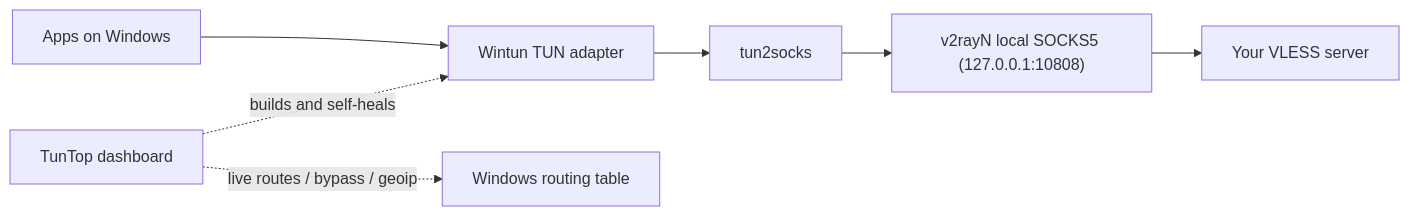
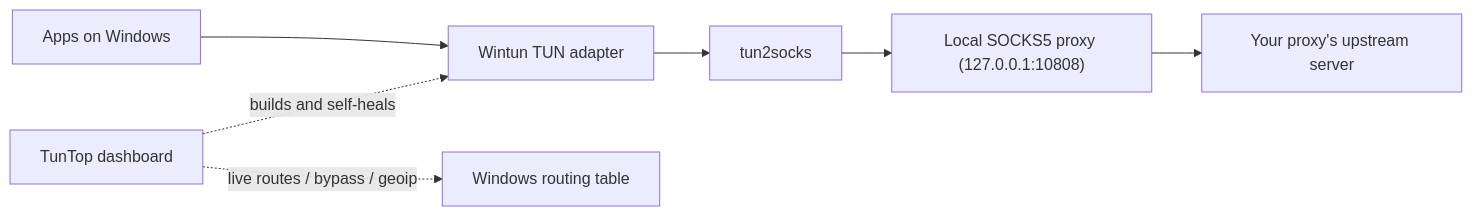
The diagram in README.md (kooshaZP/TunTop), drawn with Mermaid before and after one commit. The commit also changed other lines of this file and 19 other files, not shown here.

````diff
--- a/README.md
+++ b/README.md
@@ -69,9 +77,9 @@
 ```mermaid
 flowchart LR
     A[Apps on Windows] --> B[Wintun TUN adapter]
     B --> C[tun2socks]
-    C --> D["v2rayN local SOCKS5 (127.0.0.1:10808)"]
-    D --> E[Your VLESS server]
+    C --> D["Local SOCKS5 proxy (127.0.0.1:10808)"]
+    D --> E[Your proxy's upstream server]
     F[TunTop dashboard] -. builds and self-heals .-> B
     F -. live routes / bypass / geoip .-> G[Windows routing table]
 ```
````
